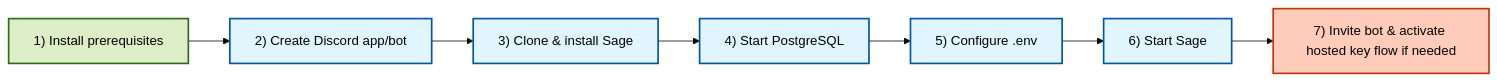
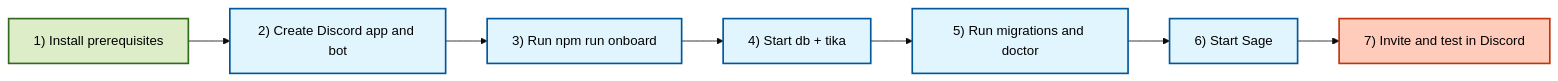
One commit to BokX1/Sage changed the diagram in docs/guides/GETTING_STARTED.md. Above: the diagram before and after it, drawn with Mermaid (base theme). The commit also changed other lines of this file and 21 other files, not shown here.

````diff
--- a/docs/guides/GETTING_STARTED.md
+++ b/docs/guides/GETTING_STARTED.md
@@ -52,15 +53,14 @@
 ```mermaid
 flowchart LR
-    %% High-level setup checklist for self-hosting.
     classDef start fill:#dcedc8,stroke:#33691e,stroke-width:2px,color:black
     classDef step fill:#e1f5fe,stroke:#01579b,stroke-width:2px,color:black
     classDef endNode fill:#ffccbc,stroke:#bf360c,stroke-width:2px,color:black
 
     S1["1) Install prerequisites"]:::start
-      --> S2["2) Create Discord app/bot"]:::step
-      --> S3["3) Clone & install Sage"]:::step
-      --> S4["4) Start PostgreSQL"]:::step
-      --> S5["5) Configure .env"]:::step
+      --> S2["2) Create Discord app and bot"]:::step
+      --> S3["3) Run npm run onboard"]:::step
+      --> S4["4) Start db + tika"]:::step
+      --> S5["5) Run migrations and doctor"]:::step
       --> S6["6) Start Sage"]:::step
-      --> S7["7) Invite bot & activate hosted key flow if needed"]:::endNode
+      --> S7["7) Invite and test in Discord"]:::endNode
 ```
````
